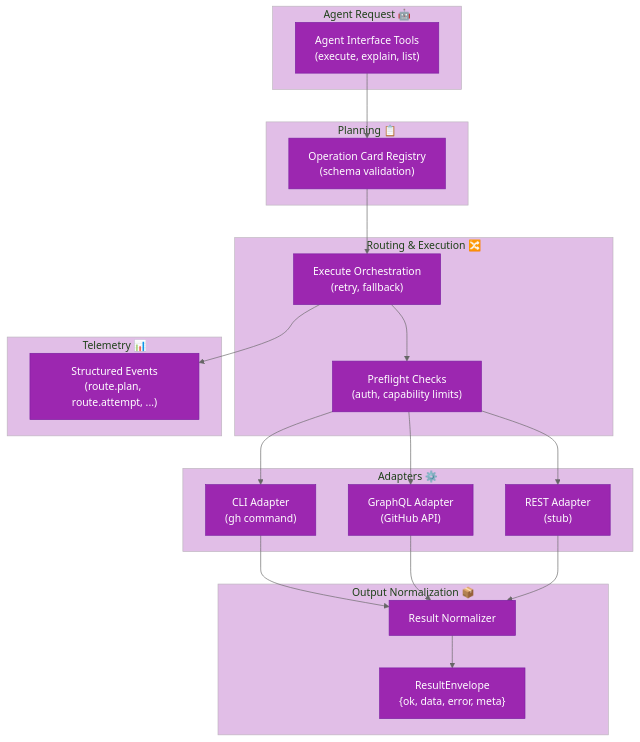
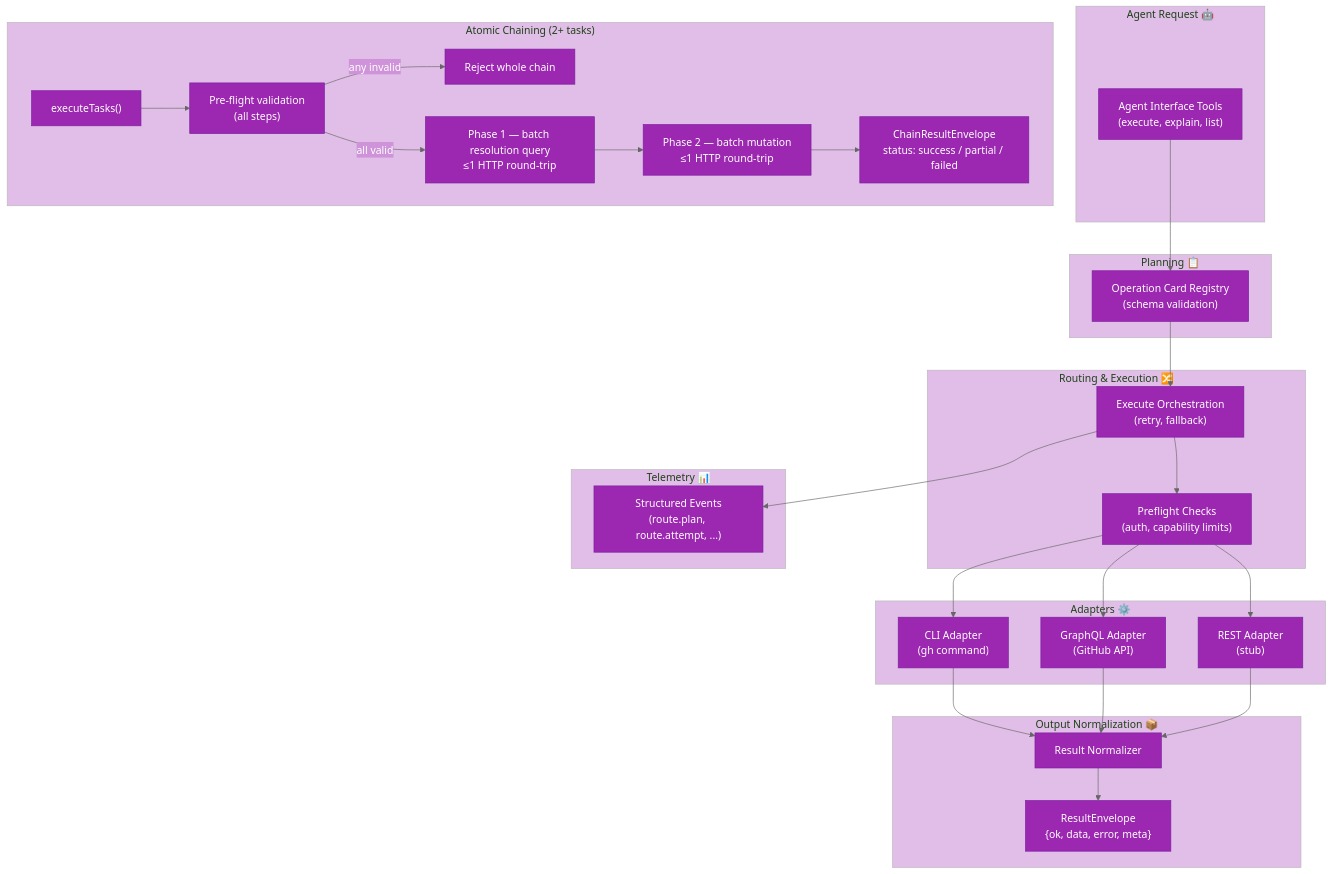
The diagram in docs/architecture/system-design.md (aryeko/ghx), drawn with Mermaid before and after one commit. The commit also changed other lines of this file and 53 other files, not shown here.

First line of the commit message:
feat(core): atomic capability chaining with two-phase GraphQL batching (#59)

````diff
--- a/docs/architecture/system-design.md
+++ b/docs/architecture/system-design.md
@@ -14,43 +14,51 @@
 ```mermaid
 %%{init: {'theme': 'base', 'themeVariables': {'primaryColor': '#9C27B0', 'primaryTextColor': '#fff', 'primaryBorderColor': '#7B1FA2', 'lineColor': '#666', 'secondaryColor': '#CE93D8', 'tertiaryColor': '#E1BEE7'}}}%%
 flowchart TB
   subgraph Agent["Agent Request 🤖"]
     A["Agent Interface Tools<br/>(execute, explain, list)"]
   end
 
   subgraph Planning["Planning 📋"]
     B["Operation Card Registry<br/>(schema validation)"]
   end
 
   subgraph Engine["Routing & Execution 🔀"]
     C["Execute Orchestration<br/>(retry, fallback)"]
     D["Preflight Checks<br/>(auth, capability limits)"]
   end
 
   subgraph Adapters["Adapters ⚙️"]
     E["CLI Adapter<br/>(gh command)"]
     F["GraphQL Adapter<br/>(GitHub API)"]
     G["REST Adapter<br/>(stub)"]
   end
 
   subgraph Output["Output Normalization 📦"]
     H["Result Normalizer"]
     I["ResultEnvelope<br/>{ok, data, error, meta}"]
   end
 
   subgraph Meta["Telemetry 📊"]
     J["Structured Events<br/>(route.plan, route.attempt, ...)"]
   end
 
   A --> B
   B --> C
   C --> D
   D --> E
   D --> F
   D --> G
   E --> H
   F --> H
   G --> H
   H --> I
   C --> J
+
+  subgraph "Atomic Chaining (2+ tasks)"
+    EC["executeTasks()"] --> PF2["Pre-flight validation\n(all steps)"]
+    PF2 -->|"any invalid"| REJ["Reject whole chain"]
+    PF2 -->|"all valid"| P1["Phase 1 — batch resolution query\n≤1 HTTP round-trip"]
+    P1 --> P2["Phase 2 — batch mutation\n≤1 HTTP round-trip"]
+    P2 --> CR["ChainResultEnvelope\nstatus: success / partial / failed"]
+  end
 ```
````
